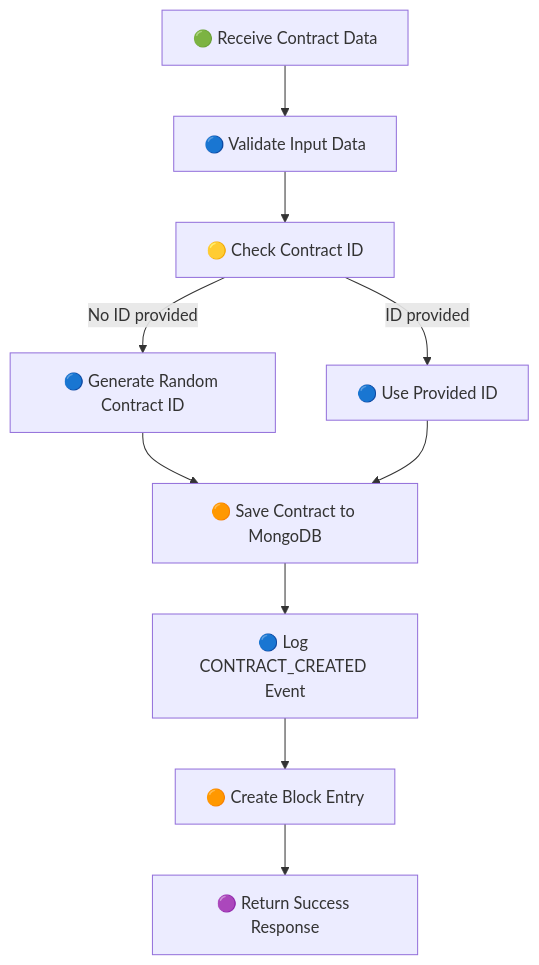
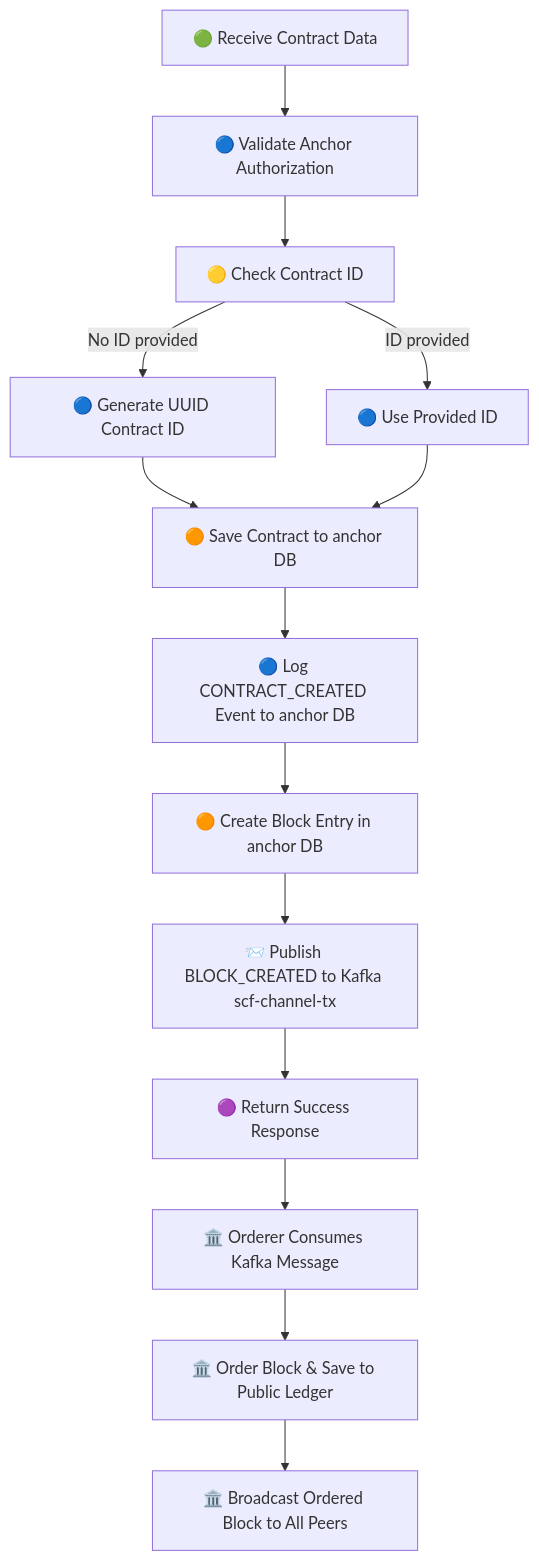
The first of 19 diagrams in API_Flow_Diagrams.md (trunghc97/blockchain), drawn with Mermaid before and after one commit. The commit also changed other lines of this file and 4 other files, not shown here.

````diff
--- a/API_Flow_Diagrams.md
+++ b/API_Flow_Diagrams.md
@@ -18,12 +33,17 @@
 ```mermaid
 flowchart TD
-    A[🟢 Receive Contract Data] --> B[🔵 Validate Input Data]
+    A[🟢 Receive Contract Data] --> B[🔵 Validate Anchor Authorization]
     B --> C[🟡 Check Contract ID]
-    C -->|No ID provided| D[🔵 Generate Random Contract ID]
+    C -->|No ID provided| D[🔵 Generate UUID Contract ID]
     C -->|ID provided| E[🔵 Use Provided ID]
-    D --> F[🟠 Save Contract to MongoDB]
+    D --> F[🟠 Save Contract to anchor DB]
     E --> F
-    F --> G[🔵 Log CONTRACT_CREATED Event]
-    G --> H[🟠 Create Block Entry]
-    H --> I[🟣 Return Success Response]
+    F --> G[🔵 Log CONTRACT_CREATED Event to anchor DB]
+    G --> H[🟠 Create Block Entry in anchor DB]
+    H --> I[📨 Publish BLOCK_CREATED to Kafka scf-channel-tx]
+    I --> J[🟣 Return Success Response]
+
+    J --> K[🏛️ Orderer Consumes Kafka Message]
+    K --> L[🏛️ Order Block & Save to Public Ledger]
+    L --> M[🏛️ Broadcast Ordered Block to All Peers]
 ```
````
